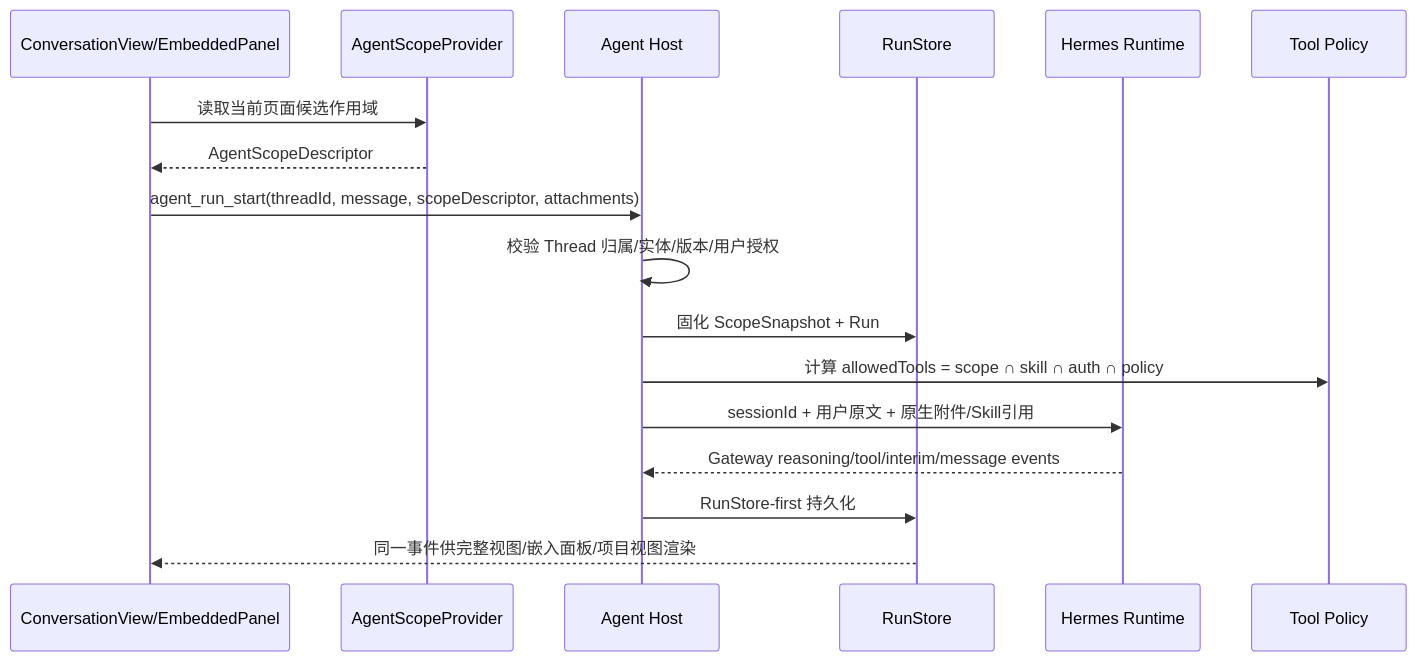
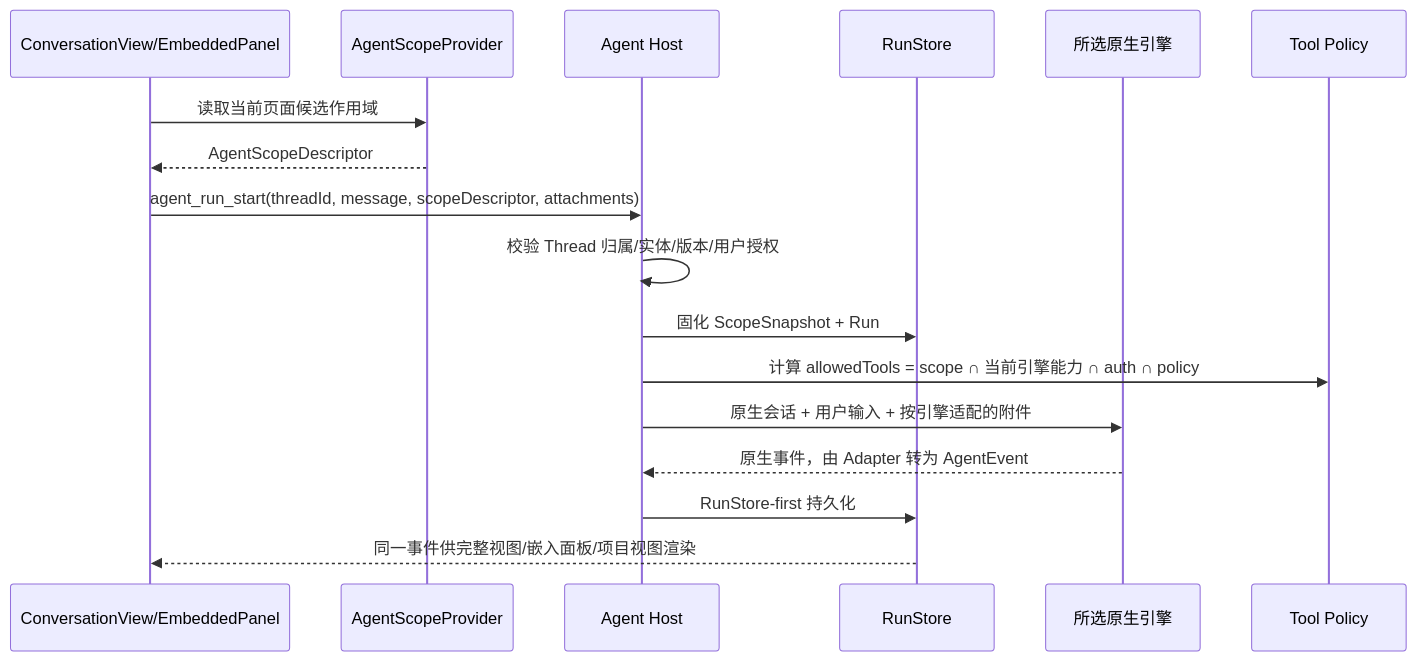
Before and after one commit to MarkingYang/sophonote: the fifth of 13 diagrams in docs/architecture.md, drawn with Mermaid. The commit also changed other lines of this file and 119 other files, not shown here.

````diff
--- a/docs/architecture.md
+++ b/docs/architecture.md
@@ -341,20 +329,20 @@
 ```mermaid
 sequenceDiagram
   participant UI as ConversationView/EmbeddedPanel
   participant SP as AgentScopeProvider
   participant Host as Agent Host
   participant Store as RunStore
-  participant Hermes as Hermes Runtime
+  participant Engine as 所选原生引擎
   participant Policy as Tool Policy
 
   UI->>SP: 读取当前页面候选作用域
   SP-->>UI: AgentScopeDescriptor
   UI->>Host: agent_run_start(threadId, message, scopeDescriptor, attachments)
   Host->>Host: 校验 Thread 归属/实体/版本/用户授权
   Host->>Store: 固化 ScopeSnapshot + Run
-  Host->>Policy: 计算 allowedTools = scope ∩ skill ∩ auth ∩ policy
-  Host->>Hermes: sessionId + 用户原文 + 原生附件/Skill引用
-  Hermes-->>Host: Gateway reasoning/tool/interim/message events
+  Host->>Policy: 计算 allowedTools = scope ∩ 当前引擎能力 ∩ auth ∩ policy
+  Host->>Engine: 原生会话 + 用户输入 + 按引擎适配的附件
+  Engine-->>Host: 原生事件，由 Adapter 转为 AgentEvent
   Host->>Store: RunStore-first 持久化
   Store-->>UI: 同一事件供完整视图/嵌入面板/项目视图渲染
 ```
````
